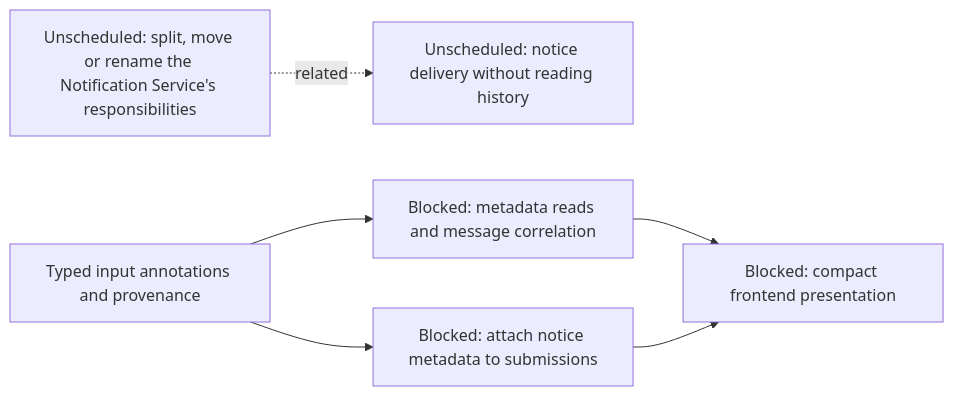
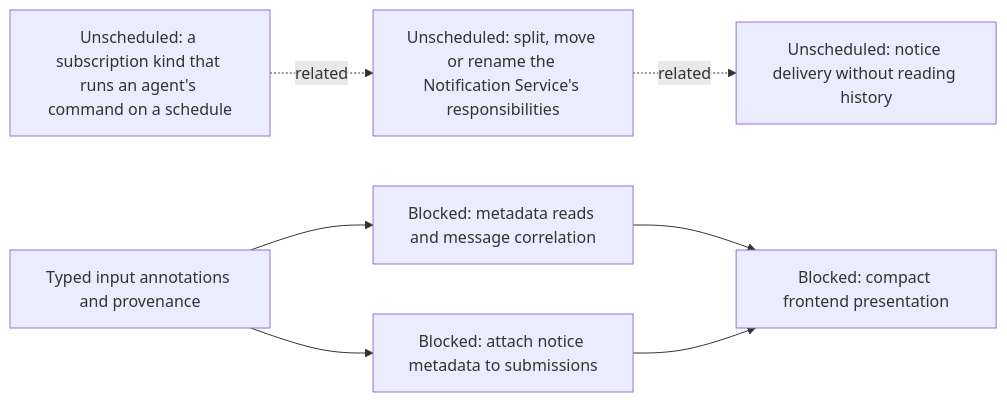
The second of 16 diagrams in agentplane/plans/task_dag.md (agentydragon/ducktape), drawn with Mermaid before and after one commit. The commit also changed other lines of this file, not shown here.

First line of the commit message:
DAG: command-watch subscription design node

````diff
--- a/agentplane/plans/task_dag.md
+++ b/agentplane/plans/task_dag.md
@@ -36,14 +36,16 @@
 ```mermaid
 flowchart LR
     NOTIFICATION_COMMAND_OUTCOME_DESIGN[Unscheduled: notice delivery without reading history]
     NOTIFICATION_SERVICE_SPLIT[Unscheduled: split, move or rename the Notification Service's responsibilities]
     NOTIFICATION_SERVICE_SPLIT -. related .-> NOTIFICATION_COMMAND_OUTCOME_DESIGN
+    COMMAND_WATCH_SUBSCRIPTION_DESIGN[Unscheduled: a subscription kind that runs an agent's command on a schedule]
+    COMMAND_WATCH_SUBSCRIPTION_DESIGN -. related .-> NOTIFICATION_SERVICE_SPLIT
     SESSION_INPUT_METADATA[Typed input annotations and provenance]
     SESSION_INPUT_METADATA_READ[Blocked: metadata reads and message correlation]
     NOTIFICATION_NOTICE_METADATA[Blocked: attach notice metadata to submissions]
     NOTIFICATION_PRESENTATION[Blocked: compact frontend presentation]
     SESSION_INPUT_METADATA --> SESSION_INPUT_METADATA_READ
     SESSION_INPUT_METADATA --> NOTIFICATION_NOTICE_METADATA
     SESSION_INPUT_METADATA_READ --> NOTIFICATION_PRESENTATION
     NOTIFICATION_NOTICE_METADATA --> NOTIFICATION_PRESENTATION
 ```
````
